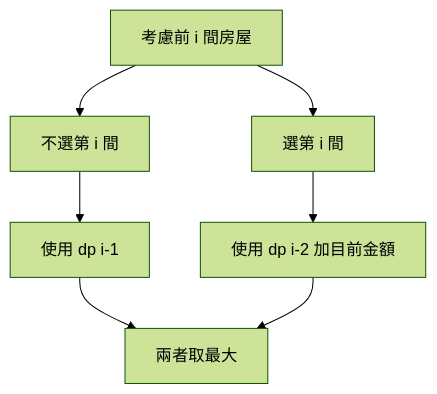
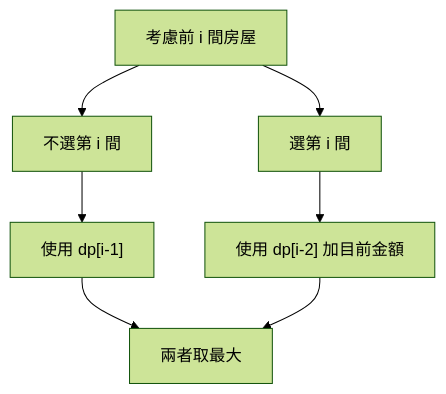
The second of 5 diagrams in 09_dynamic_programming/38_one_dimensional_dp.md (davidchen0970/algorithm_note), drawn with Mermaid (forest theme) before and after one commit. The commit also changed other lines of this file and 3 other files, not shown here.

````diff
--- a/09_dynamic_programming/38_one_dimensional_dp.md
+++ b/09_dynamic_programming/38_one_dimensional_dp.md
@@ -199,9 +237,9 @@
 ```mermaid
 flowchart TD
-    A[考慮前 i 間房屋] --> B[不選第 i 間]
-    A --> C[選第 i 間]
-    B --> D[使用 dp i-1]
-    C --> E[使用 dp i-2 加目前金額]
-    D --> F[兩者取最大]
+    A["考慮前 i 間房屋"] --> B["不選第 i 間"]
+    A --> C["選第 i 間"]
+    B --> D["使用 dp[i-1]"]
+    C --> E["使用 dp[i-2] 加目前金額"]
+    D --> F["兩者取最大"]
     E --> F
 ```
````
